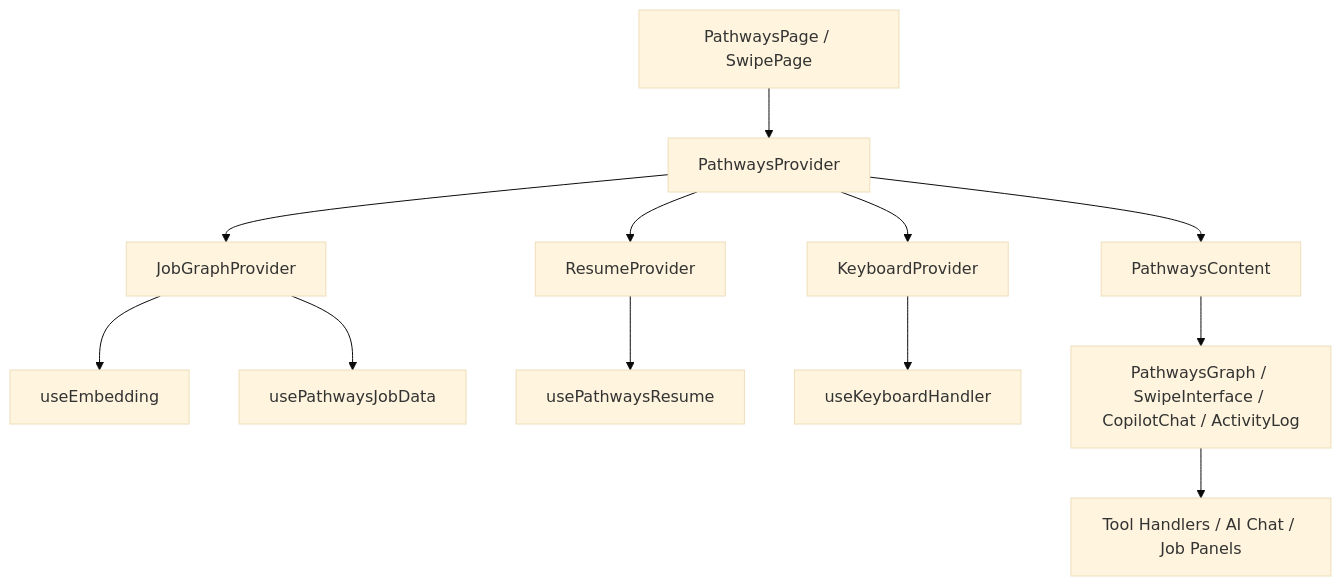
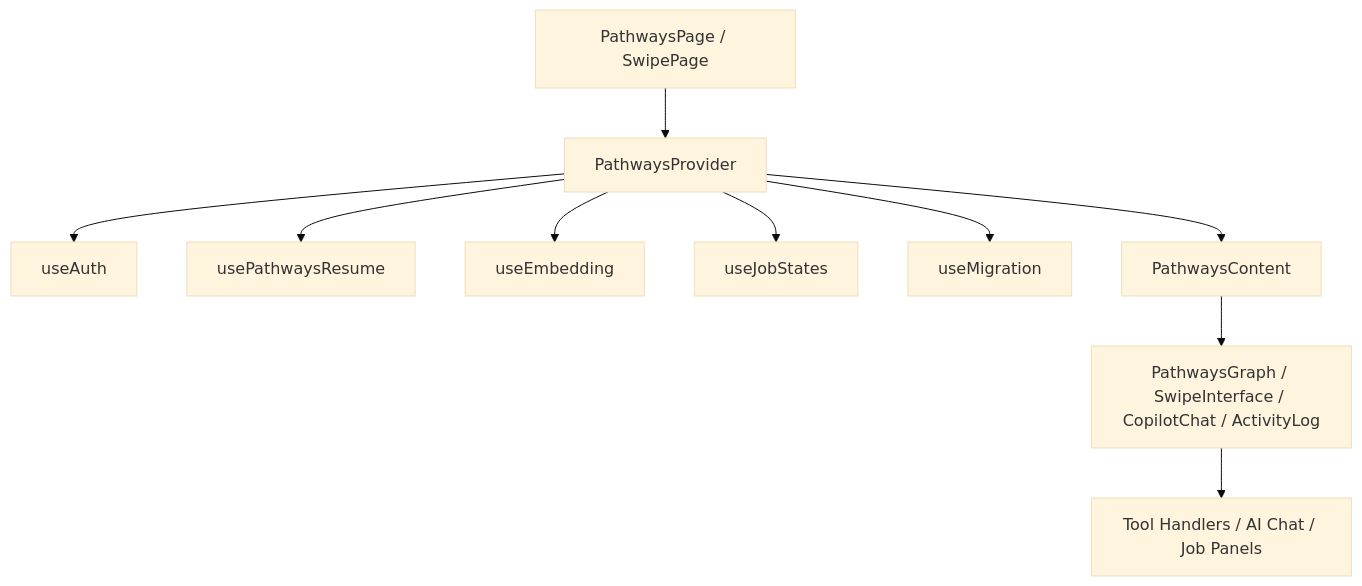
Before and after one commit to jsonresume/jsonresume.org: the first of 11 diagrams in apps/docs/content/docs/006-pathways-subsystem.md, drawn with Mermaid (base theme). The commit also changed other lines of this file and 16 other files, not shown here.

Commit message:
refactor(registry): remove abandoned pathways architecture

````diff
--- a/apps/docs/content/docs/006-pathways-subsystem.md
+++ b/apps/docs/content/docs/006-pathways-subsystem.md
@@ -24,14 +24,12 @@
 ```mermaid
 flowchart TD
   A[PathwaysPage / SwipePage] --> B[PathwaysProvider]
-  B --> C[ResumeProvider]
-  B --> D[JobGraphProvider]
-  B --> E[KeyboardProvider]
-  D --> F[useEmbedding]
-  D --> G[usePathwaysJobData]
-  C --> H[usePathwaysResume]
-  E --> I[useKeyboardHandler]
-  B --> J[PathwaysContent]
-  J --> K[PathwaysGraph / SwipeInterface / CopilotChat / ActivityLog]
-  K --> L[Tool Handlers / AI Chat / Job Panels]
+  B --> C[useAuth]
+  B --> D[usePathwaysResume]
+  B --> E[useEmbedding]
+  B --> F[useJobStates]
+  B --> G[useMigration]
+  B --> H[PathwaysContent]
+  H --> I[PathwaysGraph / SwipeInterface / CopilotChat / ActivityLog]
+  I --> J[Tool Handlers / AI Chat / Job Panels]
 ```
````
